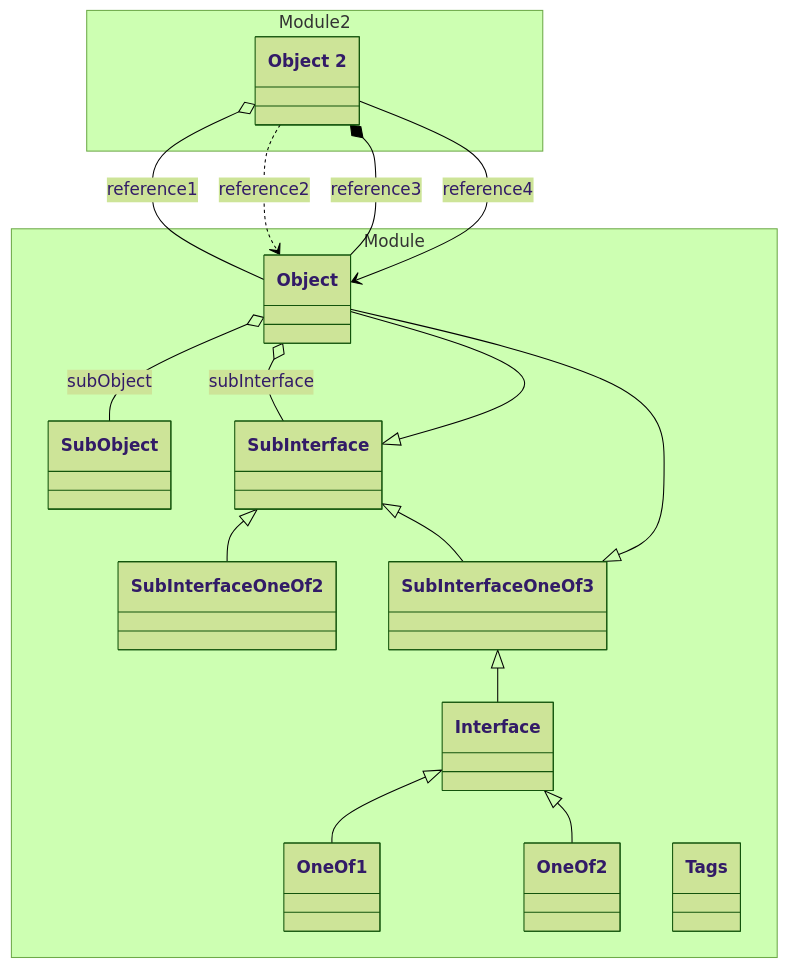
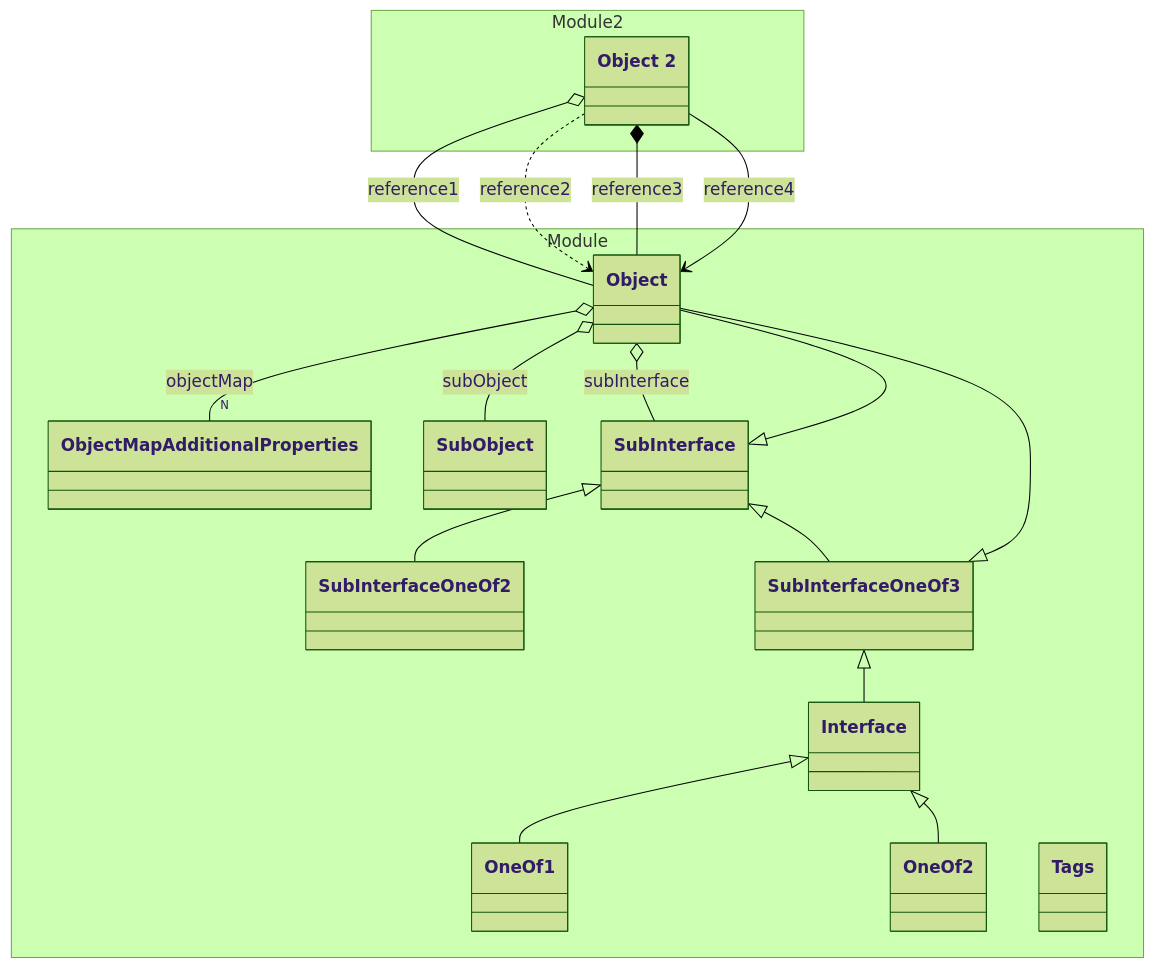
The diagram in tests/exclusions/expected/Module/README.md (lizzyTheLizard/domain-schema-documentation), drawn with Mermaid (forest theme) before and after one commit. The commit also changed 46 other files, not shown here.

````diff
--- a/tests/exclusions/expected/Module/README.md
+++ b/tests/exclusions/expected/Module/README.md
@@ -11,40 +11,43 @@
 ```mermaid
 classDiagram
 namespace Module {
   class _Module_Interface_yml["Interface"]
   class OneOf2["OneOf2"]
   class OneOf1["OneOf1"]
   class _Module_Object_yaml["Object"]
   class SubInterface["SubInterface"]
   class SubInterfaceOneOf3["SubInterfaceOneOf3"]
   class SubInterfaceOneOf2["SubInterfaceOneOf2"]
   class SubObject["SubObject"]
+  class ObjectMapAdditionalProperties["ObjectMapAdditionalProperties"]
   class _Module_Tags_yaml["Tags"]
 }
 namespace Module 2 {
   class _Module2_Object2_yaml["Object 2"]
 }
 _Module2_Object2_yaml o-- _Module_Object_yaml :reference1
 _Module2_Object2_yaml ..> _Module_Object_yaml :reference2
 _Module2_Object2_yaml *-- _Module_Object_yaml :reference3
 _Module2_Object2_yaml --> _Module_Object_yaml :reference4
 _Module_Interface_yml <|-- OneOf1 
 _Module_Interface_yml <|-- OneOf2 
+_Module_Object_yaml o--" N" ObjectMapAdditionalProperties :objectMap
 _Module_Object_yaml o-- SubObject :subObject
 _Module_Object_yaml o-- SubInterface :subInterface
 SubInterface <|-- _Module_Object_yaml 
 SubInterface <|-- SubInterfaceOneOf2 
 SubInterface <|-- SubInterfaceOneOf3 
 SubInterfaceOneOf3 <|-- _Module_Object_yaml 
 SubInterfaceOneOf3 <|-- _Module_Interface_yml 
 click _Module_Interface_yml href "./Interface.yml.html" "Interface"
 click OneOf2 href "./Interface.yml.html" "Interface"
 click OneOf1 href "./Interface.yml.html" "Interface"
 click _Module_Object_yaml href "./Object.yaml.html" "Object"
 click SubInterface href "./Object.yaml.html" "Object"
 click SubInterfaceOneOf3 href "./Object.yaml.html" "Object"
 click SubInterfaceOneOf2 href "./Object.yaml.html" "Object"
 click SubObject href "./Object.yaml.html" "Object"
+click ObjectMapAdditionalProperties href "./Object.yaml.html" "Object"
 click _Module_Tags_yaml href "./Tags.yaml.html" "Tags"
 click _Module2_Object2_yaml href "../Module2/Object2.yaml.html" "Object 2"
 ```
````
